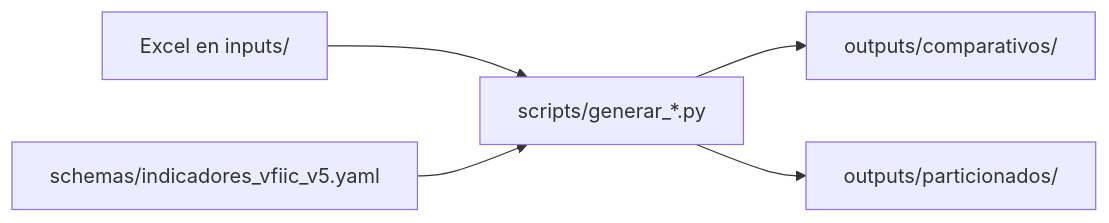
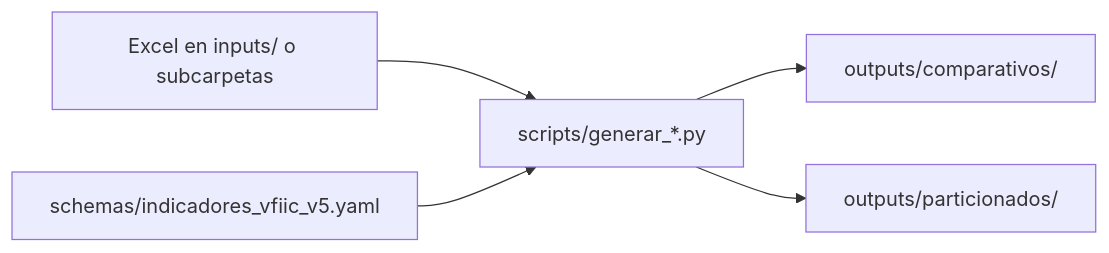
One commit to jesusrloza/vfiic-kpis-operativos changed the diagram in docs/guia-operativa.md. Above: the diagram before and after it, drawn with Mermaid. The commit also changed other lines of this file and 34 other files, not shown here.

````diff
--- a/docs/guia-operativa.md
+++ b/docs/guia-operativa.md
@@ -64,12 +67,12 @@
 ```mermaid
 flowchart LR
-  excel["Excel en inputs/"]
+  excel["Excel en inputs/ o subcarpetas"]
   yaml["schemas/indicadores_vfiic_v5.yaml"]
   script["scripts/generar_*.py"]
   outComp["outputs/comparativos/"]
   outPart["outputs/particionados/"]
   excel --> script
   yaml --> script
   script --> outComp
   script --> outPart
 ```
````
